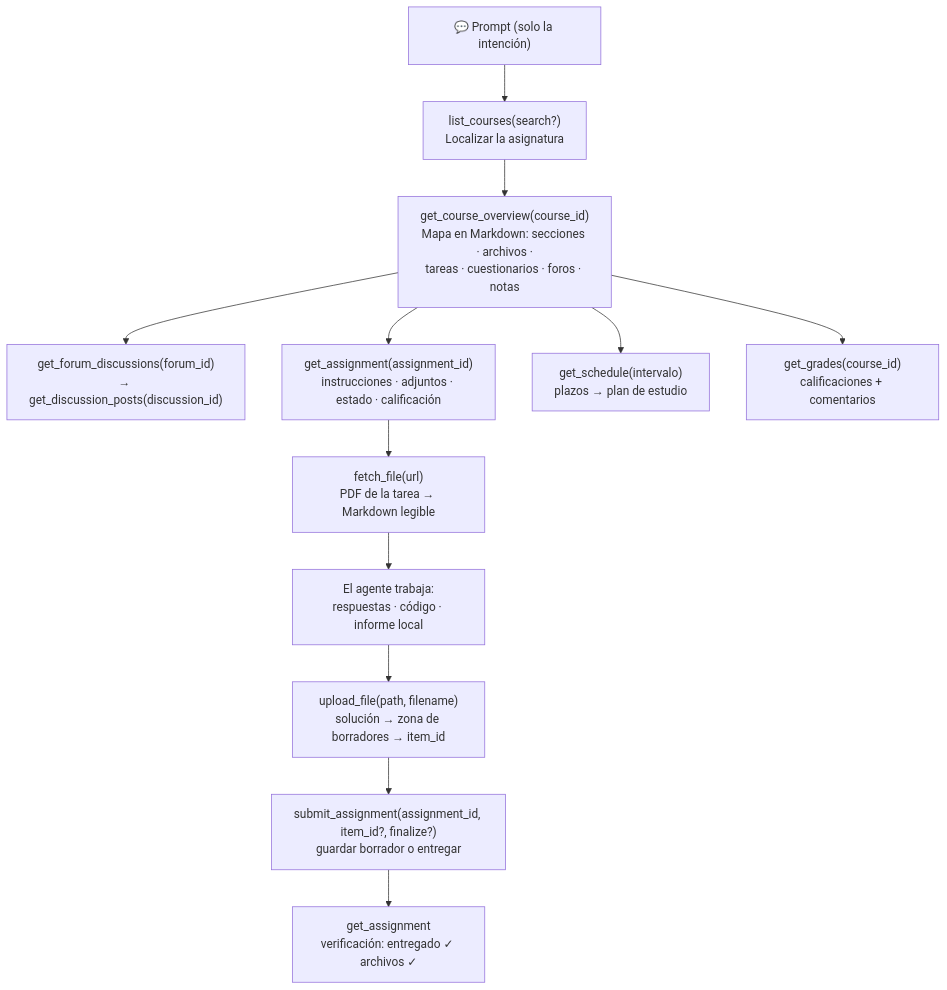
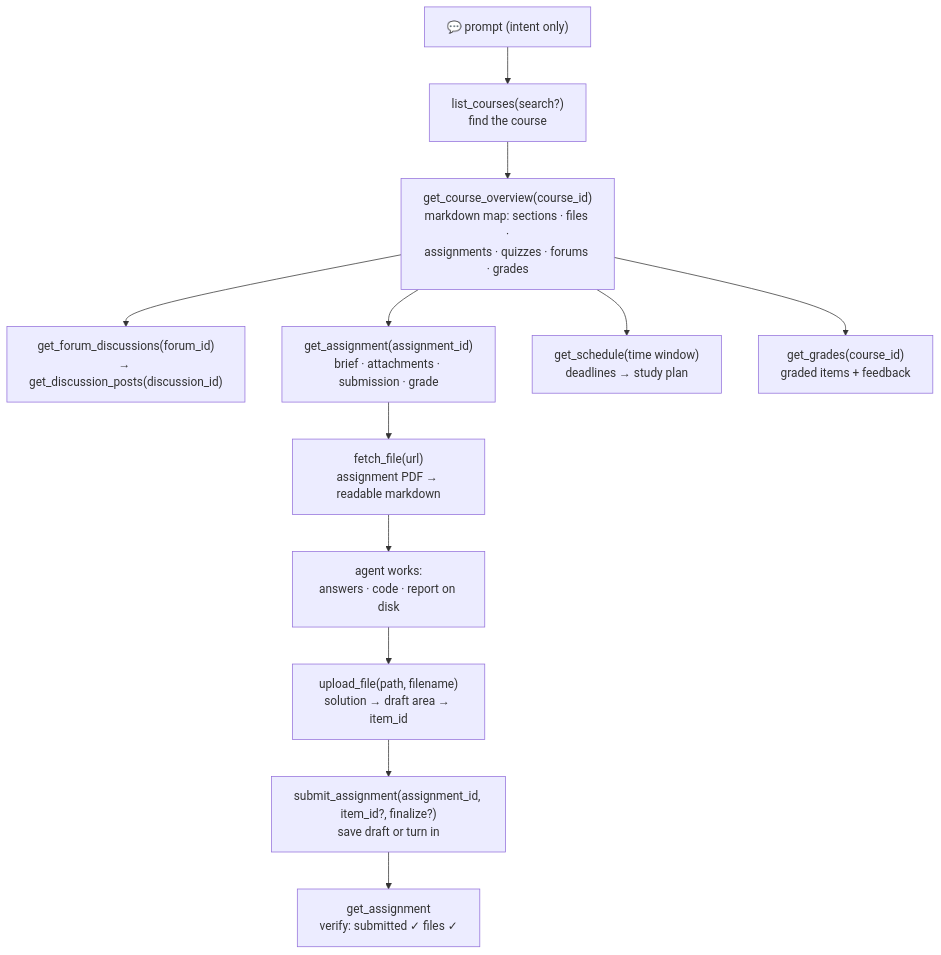
Before and after one commit to G36maid/moodle-mcp: the diagram in i18n/README.es.md, drawn with Mermaid. The commit also changed other lines of this file and 6 other files, not shown here.

````diff
--- a/i18n/README.es.md
+++ b/i18n/README.es.md
@@ -257,14 +81,14 @@
 ```mermaid
 flowchart TD
-    Q["💬 Prompt (solo la intención)"] --> LC["list_courses(search?)<br/>Localizar la asignatura"]
-    LC --> OV["get_course_overview(course_id)<br/>Mapa en Markdown: secciones · archivos ·<br/>tareas · cuestionarios · foros · notas"]
+    Q["💬 prompt (intent only)"] --> LC["list_courses(search?)<br/>find the course"]
+    LC --> OV["get_course_overview(course_id)<br/>markdown map: sections · files ·<br/>assignments · quizzes · forums · grades"]
     OV --> FD["get_forum_discussions(forum_id)<br/>→ get_discussion_posts(discussion_id)"]
-    OV --> AS["get_assignment(assignment_id)<br/>instrucciones · adjuntos · estado · calificación"]
-    AS --> FF["fetch_file(url)<br/>PDF de la tarea → Markdown legible"]
-    FF --> WK["El agente trabaja:<br/>respuestas · código · informe local"]
-    WK --> UP["upload_file(path, filename)<br/>solución → zona de borradores → item_id"]
-    UP --> SB["submit_assignment(assignment_id, item_id?, finalize?)<br/>guardar borrador o entregar"]
-    SB --> VF["get_assignment<br/>verificación: entregado ✓ archivos ✓"]
-    OV --> SC["get_schedule(intervalo)<br/>plazos → plan de estudio"]
-    OV --> GR["get_grades(course_id)<br/>calificaciones + comentarios"]
+    OV --> AS["get_assignment(assignment_id)<br/>brief · attachments · submission · grade"]
+    AS --> FF["fetch_file(url)<br/>assignment PDF → readable markdown"]
+    FF --> WK["agent works:<br/>answers · code · report on disk"]
+    WK --> UP["upload_file(path, filename)<br/>solution → draft area → item_id"]
+    UP --> SB["submit_assignment(assignment_id, item_id?, finalize?)<br/>save draft or turn in"]
+    SB --> VF["get_assignment<br/>verify: submitted ✓ files ✓"]
+    OV --> SC["get_schedule(time window)<br/>deadlines → study plan"]
+    OV --> GR["get_grades(course_id)<br/>graded items + feedback"]
 ```
````
